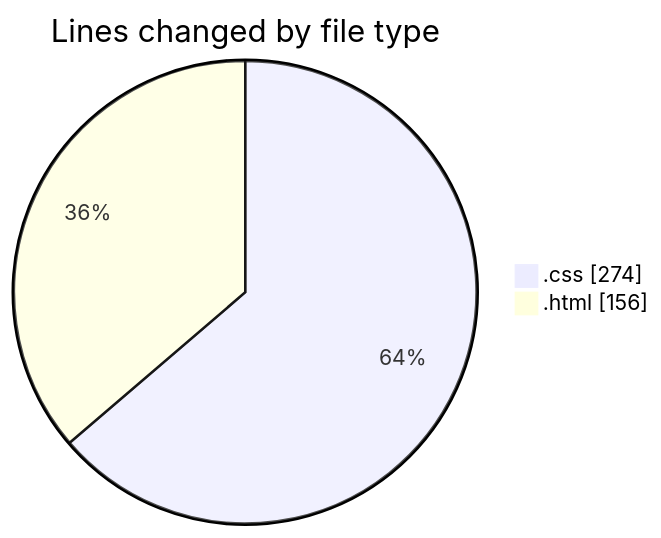
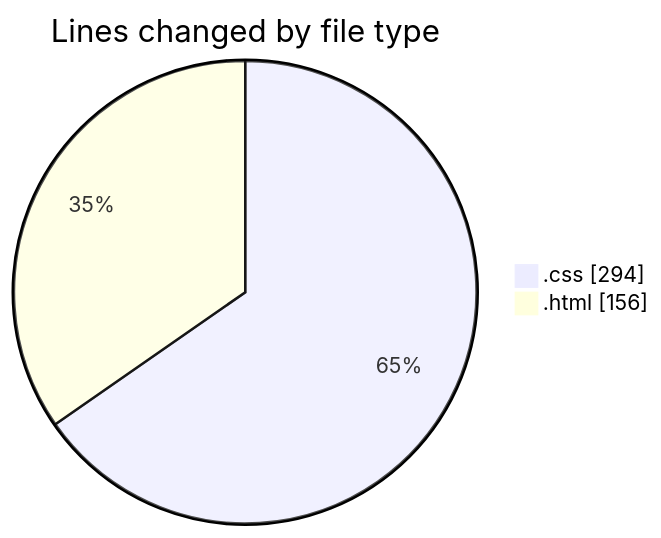
One commit to NitaiMahat/code-tracking changed the first of 2 diagrams in 2025-02-07/recipe-page-main/README.md. Above: the diagram before and after it, drawn with Mermaid. The commit also changed other lines of this file and 1 other file, not shown here.

````diff
--- a/2025-02-07/recipe-page-main/README.md
+++ b/2025-02-07/recipe-page-main/README.md
@@ -21,6 +21,6 @@
 ```mermaid
 pie showData
 title Lines changed by file type
-".css" : 274
+".css" : 294
 ".html" : 156
 ```
````
